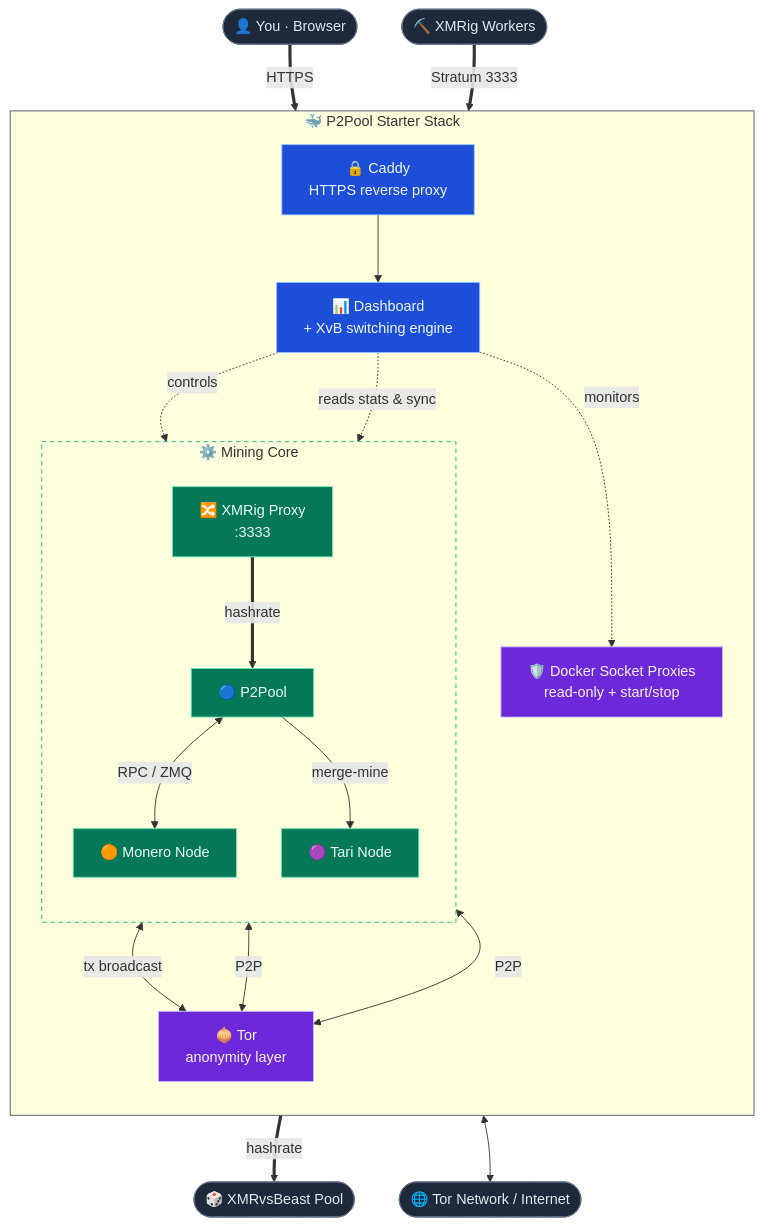
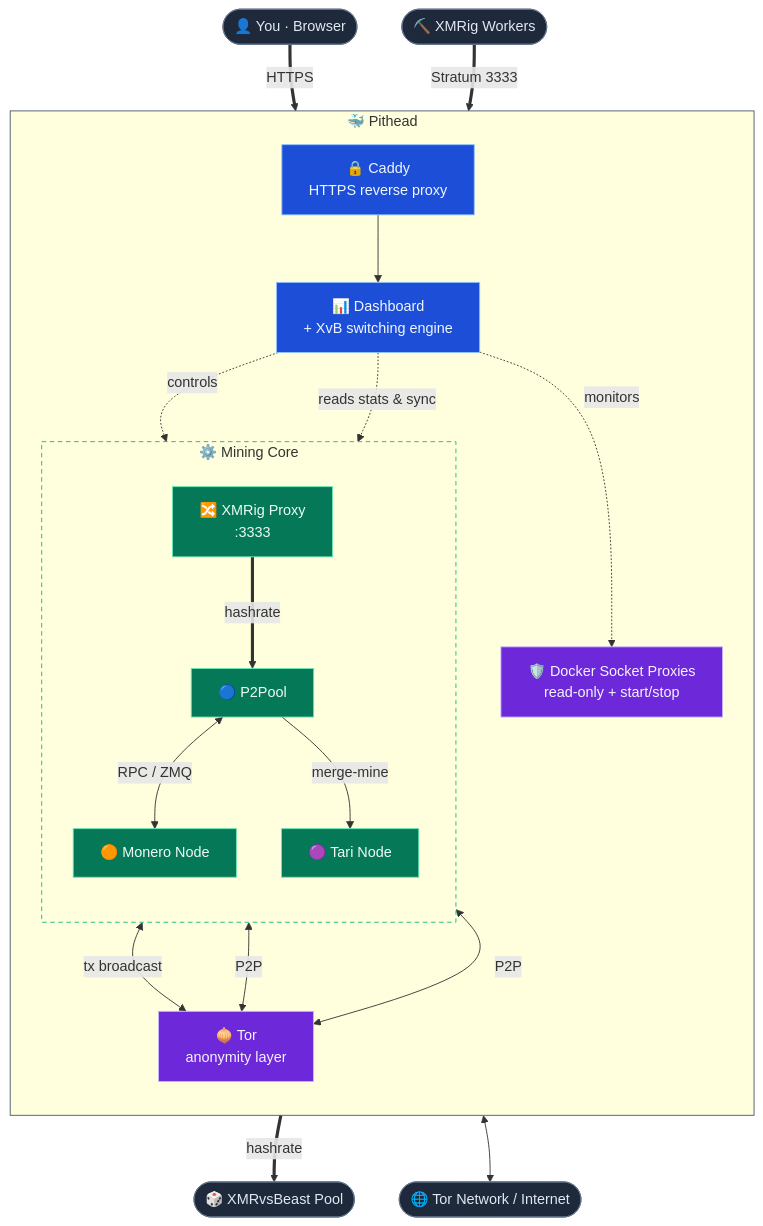
The diagram in docs/architecture.md (p2pool-starter-stack/p2pool-starter-stack), drawn with Mermaid before and after one commit. The commit also changed 7 other files, not shown here.

````diff
--- a/docs/architecture.md
+++ b/docs/architecture.md
@@ -23,57 +23,57 @@
 ```mermaid
 flowchart TB
     %% ── External actors ──
     You(["👤 You · Browser"])
     Workers(["⛏️ XMRig Workers"])
     XvB(["🎲 XMRvsBeast Pool"])
     Net(["🌐 Tor Network / Internet"])
 
-    subgraph stack ["🐳 P2Pool Starter Stack"]
+    subgraph stack ["🐳 Pithead"]
         direction TB
 
         Caddy["🔒 Caddy<br/>HTTPS reverse proxy"]
         Dashboard["📊 Dashboard<br/>+ XvB switching engine"]
         DockerProxy["🛡️ Docker Socket Proxies<br/>read-only + start/stop"]
         Tor["🧅 Tor<br/>anonymity layer"]
 
         subgraph core ["⚙️ Mining Core"]
             direction TB
             Proxy["🔀 XMRig Proxy<br/>:3333"]
             P2Pool["🔵 P2Pool"]
             Monerod["🟠 Monero Node"]
             Tari["🟣 Tari Node"]
         end
     end
 
     You ==>|HTTPS| Caddy
     Caddy --> Dashboard
     Workers ==>|"Stratum 3333"| Proxy
 
     Dashboard -.->|controls| Proxy
     Dashboard -.->|monitors| DockerProxy
     Dashboard -.->|"reads stats & sync"| core
 
     Proxy ==>|hashrate| P2Pool
     Proxy ==>|hashrate| XvB
 
     P2Pool <-->|"RPC / ZMQ"| Monerod
     P2Pool -->|merge-mine| Tari
 
     Monerod <-->|tx broadcast| Tor
     Tari <-->|P2P| Tor
     P2Pool <-->|P2P| Tor
     Tor <--> Net
 
     classDef ext fill:#1e293b,stroke:#64748b,color:#e2e8f0;
     classDef ctrl fill:#1d4ed8,stroke:#93c5fd,color:#eff6ff;
     classDef priv fill:#6d28d9,stroke:#c4b5fd,color:#f5f3ff;
     classDef mine fill:#047857,stroke:#6ee7b7,color:#ecfdf5;
 
     class You,Workers,XvB,Net ext;
     class Caddy,Dashboard ctrl;
     class Tor,DockerProxy priv;
     class Proxy,P2Pool,Monerod,Tari mine;
 
     style stack stroke:#475569,stroke-width:1px;
     style core stroke:#10b981,stroke-width:1px,stroke-dasharray:5 4;
 ```
````
